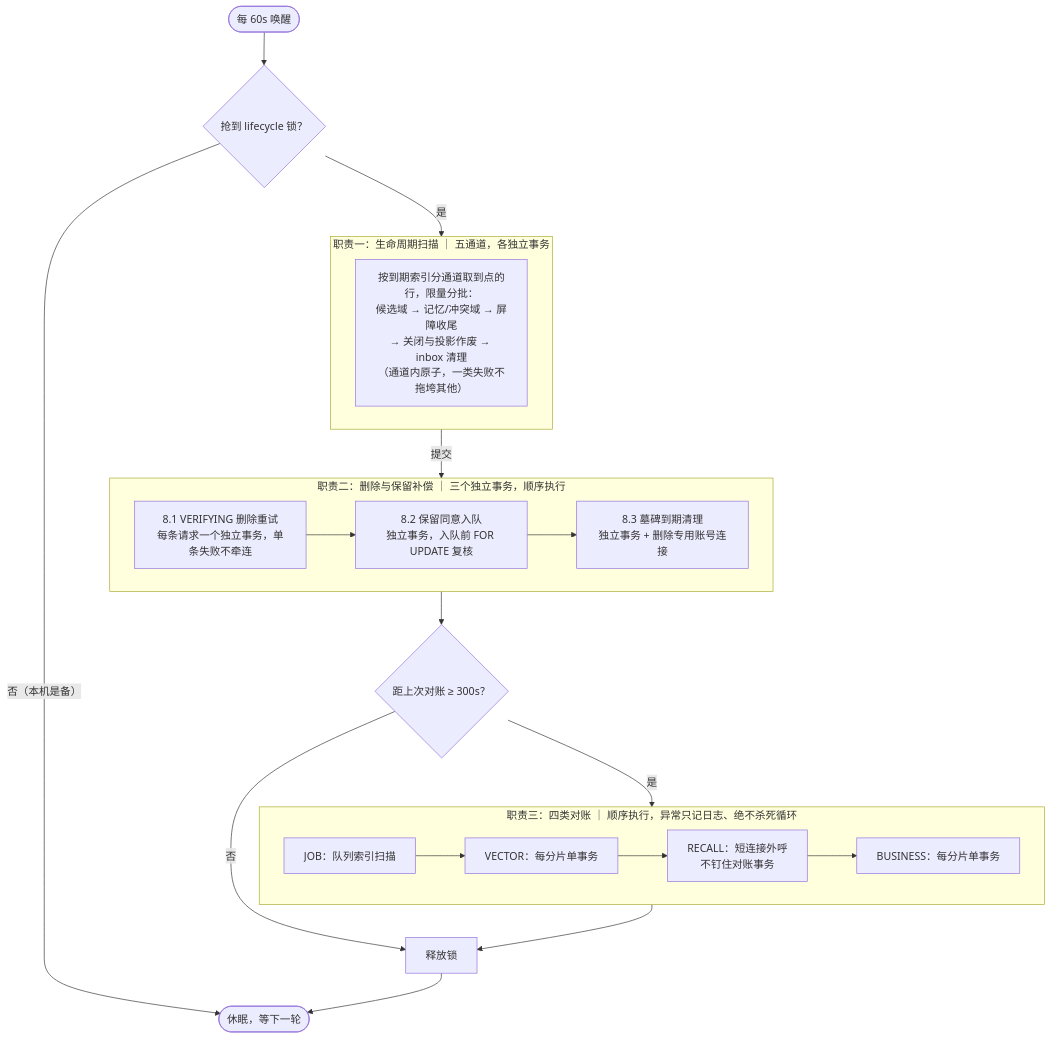
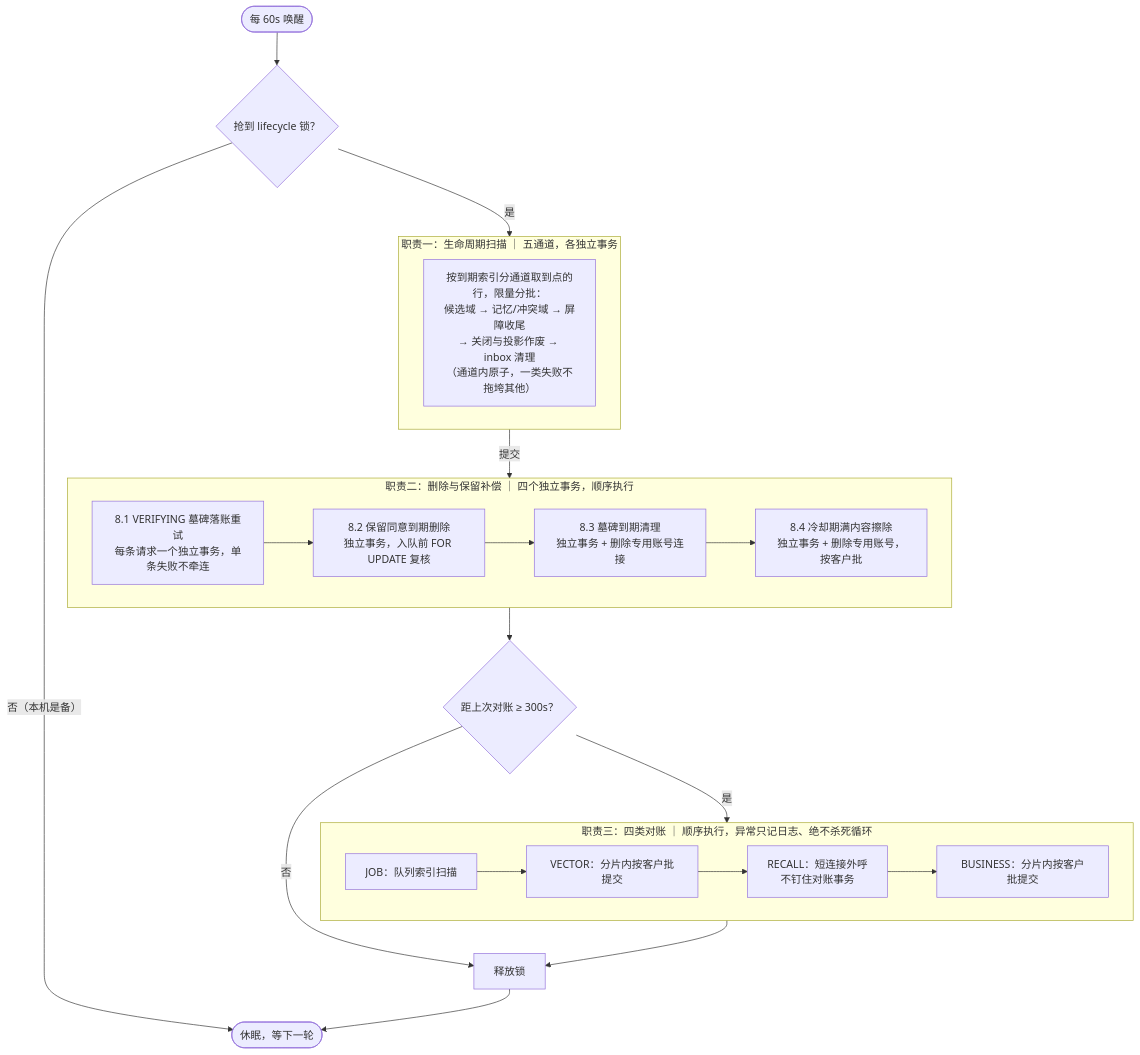
Before and after one commit to luming1617/mms: the second of 11 diagrams in docs/0-概要设计/4-Convergence组件设计.md, drawn with Mermaid. The commit also changed other lines of this file and 4 other files, not shown here.

````diff
--- a/docs/0-概要设计/4-Convergence组件设计.md
+++ b/docs/0-概要设计/4-Convergence组件设计.md
@@ -103,32 +101,33 @@
 ```mermaid
 flowchart TD
     W(["每 60s 唤醒"]) --> L{"抢到 lifecycle 锁？"}
     L -->|"否（本机是备）"| S(["休眠，等下一轮"])
     L -->|是| T1
 
     subgraph T1["职责一：生命周期扫描 ｜ 五通道，各独立事务"]
         A["按到期索引分通道取到点的行，限量分批：<br/>候选域 → 记忆/冲突域 → 屏障收尾<br/>→ 关闭与投影作废 → inbox 清理<br/>（通道内原子，一类失败不拖垮其他）"]
     end
 
     T1 -->|提交| T2
 
-    subgraph T2["职责二：删除与保留补偿 ｜ 三个独立事务，顺序执行"]
-        B1["8.1 VERIFYING 删除重试<br/>每条请求一个独立事务，单条失败不牵连"]
-        B2["8.2 保留同意入队<br/>独立事务，入队前 FOR UPDATE 复核"]
+    subgraph T2["职责二：删除与保留补偿 ｜ 四个独立事务，顺序执行"]
+        B1["8.1 VERIFYING 墓碑落账重试<br/>每条请求一个独立事务，单条失败不牵连"]
+        B2["8.2 保留同意到期删除<br/>独立事务，入队前 FOR UPDATE 复核"]
         B3["8.3 墓碑到期清理<br/>独立事务 + 删除专用账号连接"]
-        B1 --> B2 --> B3
+        B4["8.4 冷却期满内容擦除<br/>独立事务 + 删除专用账号，按客户批"]
+        B1 --> B2 --> B3 --> B4
     end
 
     T2 --> G{"距上次对账 ≥ 300s？"}
     G -->|否| R["释放锁"]
     G -->|是| T3
 
     subgraph T3["职责三：四类对账 ｜ 顺序执行，异常只记日志、绝不杀死循环"]
-        C1["JOB：队列索引扫描"] --> C2["VECTOR：每分片单事务"]
+        C1["JOB：队列索引扫描"] --> C2["VECTOR：分片内按客户批提交"]
         C2 --> C3["RECALL：短连接外呼<br/>不钉住对账事务"]
-        C3 --> C4["BUSINESS：每分片单事务"]
+        C3 --> C4["BUSINESS：分片内按客户批提交"]
     end
 
     T3 --> R
     R --> S
 ```
````
